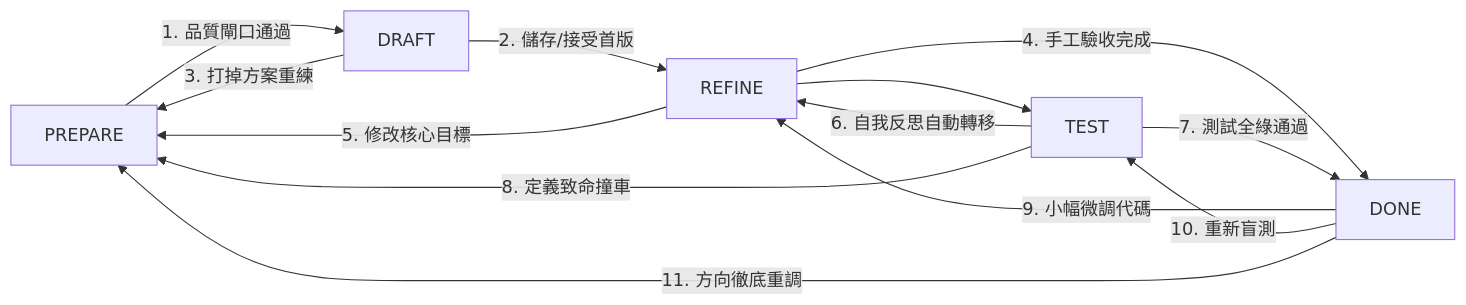
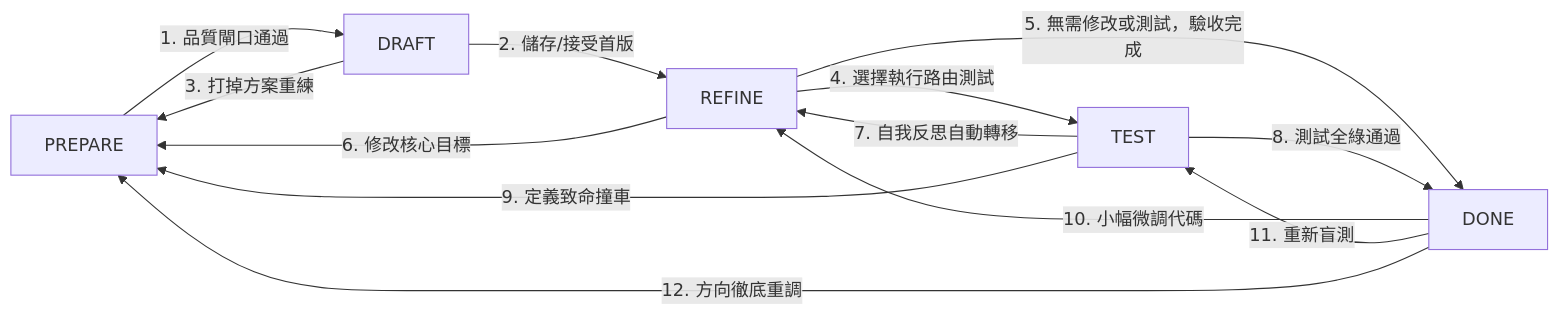
The diagram in docs/04-agent-mechanism.md (georgeliang0821/foundry-skill-generator-v3), drawn with Mermaid before and after one commit. The commit also changed other lines of this file and 3 other files, not shown here.

````diff
--- a/docs/04-agent-mechanism.md
+++ b/docs/04-agent-mechanism.md
@@ -74,15 +74,15 @@
 ```mermaid
 flowchart LR
     PREPARE -->|1. 品質閘口通過| DRAFT
     DRAFT -->|2. 儲存/接受首版| REFINE
     DRAFT -->|3. 打掉方案重練| PREPARE
-    REFINE --> TEST
-    REFINE -->|4. 手工驗收完成| DONE
-    REFINE -->|5. 修改核心目標| PREPARE
-    TEST -->|6. 自我反思自動轉移| REFINE
-    TEST -->|7. 測試全綠通過| DONE
-    TEST -->|8. 定義致命撞車| PREPARE
-    DONE -->|9. 小幅微調代碼| REFINE
-    DONE -->|10. 重新盲測| TEST
-    DONE -->|11. 方向徹底重調| PREPARE
+    REFINE -->|4. 選擇執行路由測試| TEST
+    REFINE -->|5. 無需修改或測試，驗收完成| DONE
+    REFINE -->|6. 修改核心目標| PREPARE
+    TEST -->|7. 自我反思自動轉移| REFINE
+    TEST -->|8. 測試全綠通過| DONE
+    TEST -->|9. 定義致命撞車| PREPARE
+    DONE -->|10. 小幅微調代碼| REFINE
+    DONE -->|11. 重新盲測| TEST
+    DONE -->|12. 方向徹底重調| PREPARE
 ```
````
